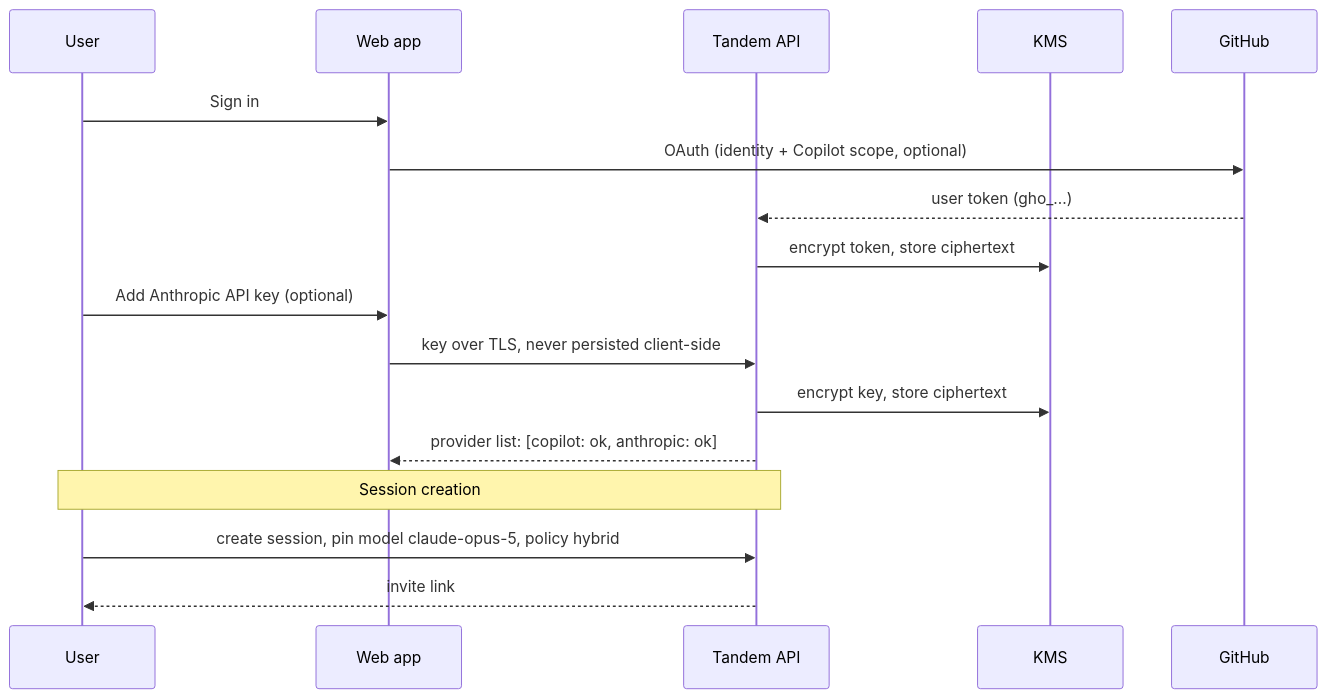
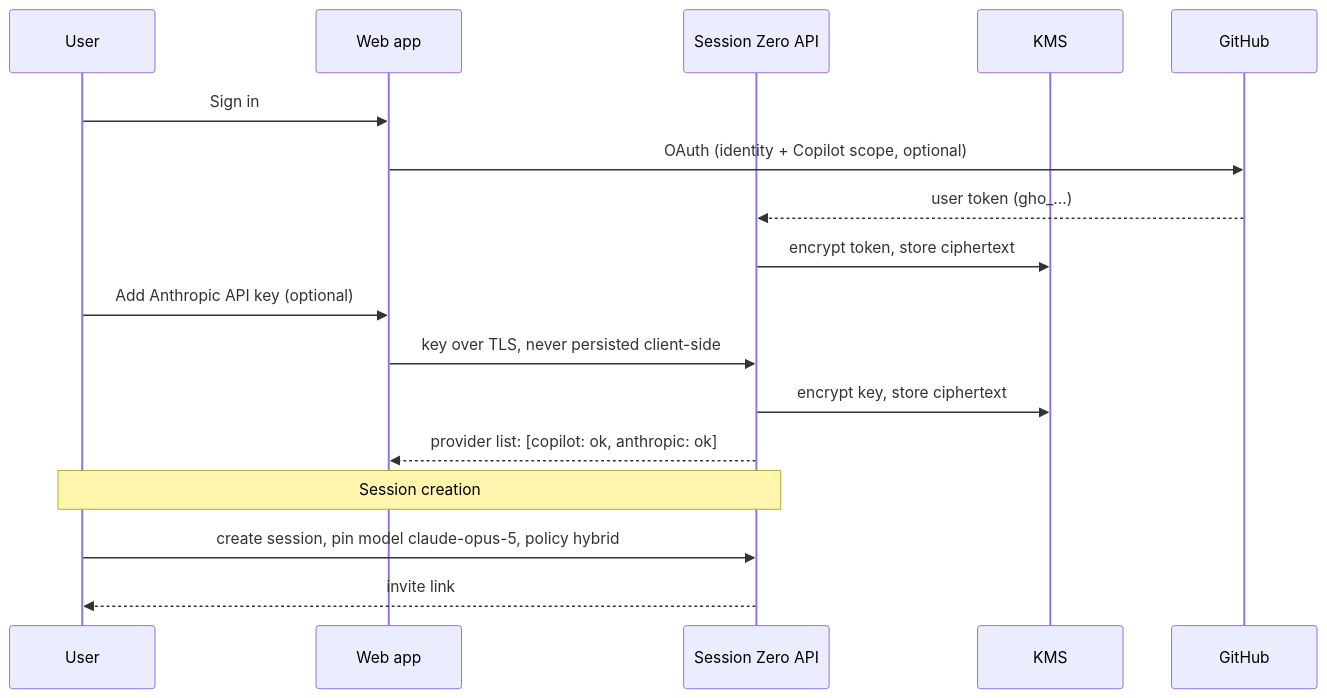
One commit to EpoCo742/tandem changed the third of 9 diagrams in docs/02-architecture.md. Above: the diagram before and after it, drawn with Mermaid. The commit also changed other lines of this file and 46 other files, not shown here.

First line of the commit message:
Session Zero everywhere: new mark and name through the docs, guide covers every feature

````diff
--- a/docs/02-architecture.md
+++ b/docs/02-architecture.md
@@ -124,19 +124,19 @@
 ```mermaid
 sequenceDiagram
     participant U as User
     participant W as Web app
-    participant API as Tandem API
+    participant API as Session Zero API
     participant KMS
     participant GH as GitHub
     U->>W: Sign in
     W->>GH: OAuth (identity + Copilot scope, optional)
     GH-->>API: user token (gho_...)
     API->>KMS: encrypt token, store ciphertext
     U->>W: Add Anthropic API key (optional)
     W->>API: key over TLS, never persisted client-side
     API->>KMS: encrypt key, store ciphertext
     API-->>W: provider list: [copilot: ok, anthropic: ok]
     Note over U,API: Session creation
     U->>API: create session, pin model claude-opus-5, policy hybrid
     API-->>U: invite link
 ```
````
